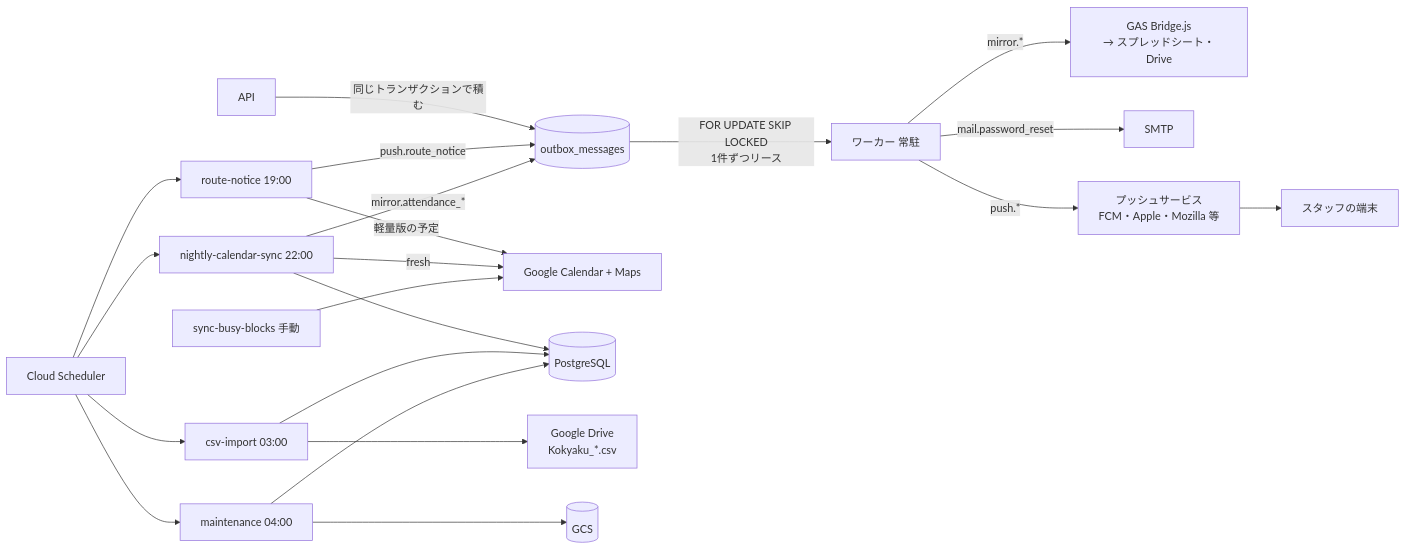
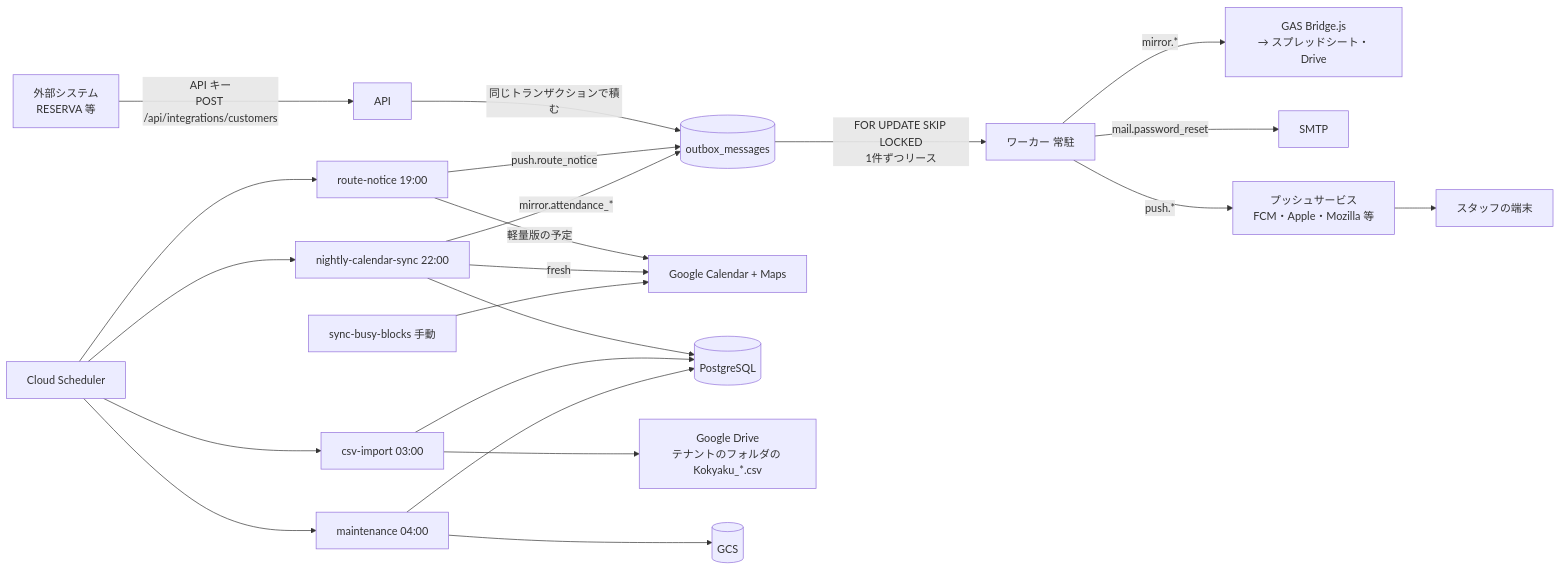
One commit to katahimo-dev/katahimo-app changed the first of 3 diagrams in doc/05_バッチ・外部連携.md. Above: the diagram before and after it, drawn with Mermaid. The commit also changed other lines of this file and 11 other files, not shown here.

````diff
--- a/doc/05_バッチ・外部連携.md
+++ b/doc/05_バッチ・外部連携.md
@@ -15,22 +15,23 @@
 ```mermaid
 flowchart LR
+  ext[外部システム<br/>RESERVA 等] -->|API キー<br/>POST /api/integrations/customers| api
   api[API] -->|同じトランザクションで積む| outbox[(outbox_messages)]
   outbox -->|FOR UPDATE SKIP LOCKED<br/>1件ずつリース| worker[ワーカー 常駐]
   worker -->|mirror.*| bridge[GAS Bridge.js<br/>→ スプレッドシート・Drive]
   worker -->|mail.password_reset| smtp[SMTP]
   worker -->|push.*| pushsvc[プッシュサービス<br/>FCM・Apple・Mozilla 等] --> device[スタッフの端末]
   sched[Cloud Scheduler] --> j0[route-notice 19:00]
   j0 -->|軽量版の予定| cal
   j0 -->|push.route_notice| outbox
   sched --> j1[nightly-calendar-sync 22:00]
   sched --> j2[csv-import 03:00]
   sched --> j3[maintenance 04:00]
   j1 -->|fresh| cal[Google Calendar + Maps]
   j1 --> db[(PostgreSQL)]
   j1 -->|mirror.attendance_*| outbox
-  j2 --> drive[Google Drive<br/>Kokyaku_*.csv] 
+  j2 --> drive[Google Drive<br/>テナントのフォルダの Kokyaku_*.csv]
   j2 --> db
   j3 --> db
   j3 --> gcs[(GCS)]
   j4[sync-busy-blocks 手動] --> cal
 ```
````
